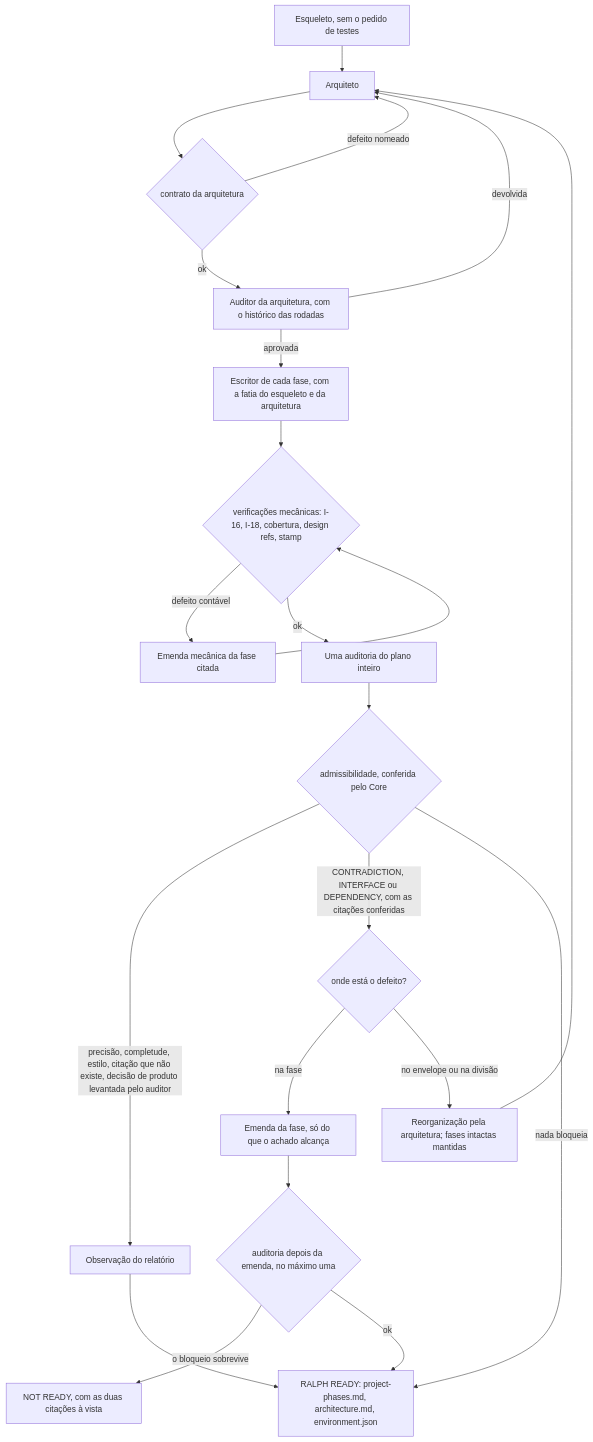
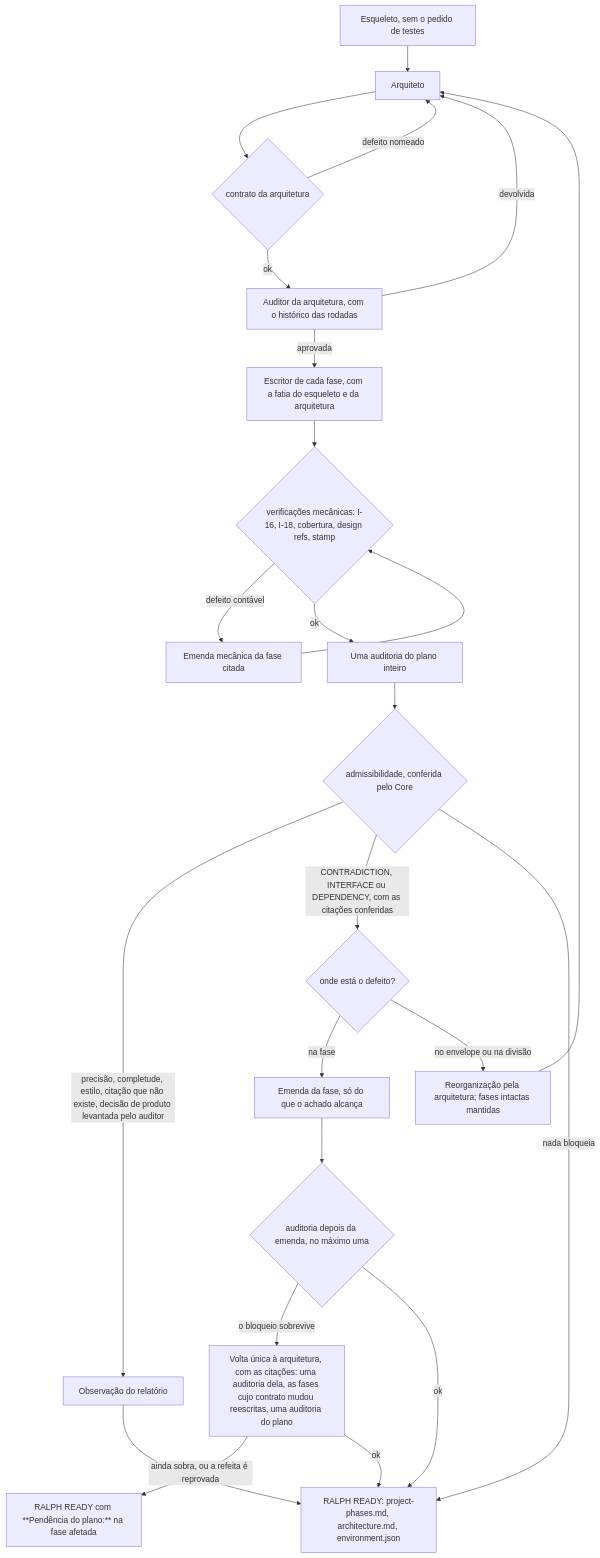
One commit to RBTecNet/capivara-harness changed the second of 3 diagrams in docs/CONTRATO.md. Above: the diagram before and after it, drawn with Mermaid. The commit also changed other lines of this file and 13 other files, not shown here.

````diff
--- a/docs/CONTRATO.md
+++ b/docs/CONTRATO.md
@@ -147,21 +147,23 @@
 ```mermaid
 flowchart TD
     E["Esqueleto, sem o pedido de testes"] --> AR["Arquiteto"]
     AR --> CA{"contrato da arquitetura"}
     CA -- "defeito nomeado" --> AR
     CA -- ok --> AA["Auditor da arquitetura, com o histórico das rodadas"]
     AA -- devolvida --> AR
     AA -- aprovada --> FS["Escritor de cada fase, com a fatia do esqueleto e da arquitetura"]
     FS --> MC{"verificações mecânicas: I-16, I-18, cobertura, design refs, stamp"}
     MC -- "defeito contável" --> EM["Emenda mecânica da fase citada"] --> MC
     MC -- ok --> AU["Uma auditoria do plano inteiro"]
     AU --> AD{"admissibilidade, conferida pelo Core"}
     AD -- "precisão, completude, estilo, citação que não existe, decisão de produto levantada pelo auditor" --> OB["Observação do relatório"]
     AD -- "CONTRADICTION, INTERFACE ou DEPENDENCY, com as citações conferidas" --> RT{"onde está o defeito?"}
     RT -- "na fase" --> EF["Emenda da fase, só do que o achado alcança"] --> AU2{"auditoria depois da emenda, no máximo uma"}
     RT -- "no envelope ou na divisão" --> RO["Reorganização pela arquitetura; fases intactas mantidas"] --> AR
-    AU2 -- "o bloqueio sobrevive" --> NR["NOT READY, com as duas citações à vista"]
+    AU2 -- "o bloqueio sobrevive" --> VA["Volta única à arquitetura, com as citações: uma auditoria dela, as fases cujo contrato mudou reescritas, uma auditoria do plano"]
+    VA -- "ainda sobra, ou a refeita é reprovada" --> PP["RALPH READY com **Pendência do plano:** na fase afetada"]
+    VA -- ok --> RR
     AU2 -- ok --> RR
     OB --> RR
     AD -- "nada bloqueia" --> RR["RALPH READY: project-phases.md, architecture.md, environment.json"]
 ```
````
